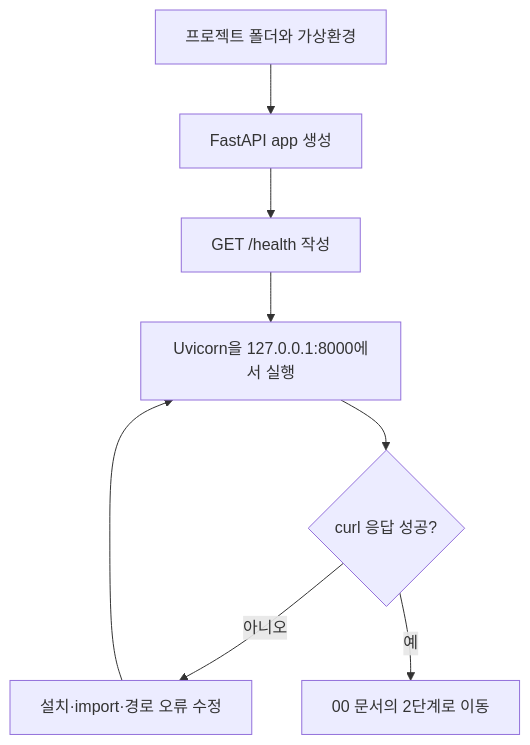
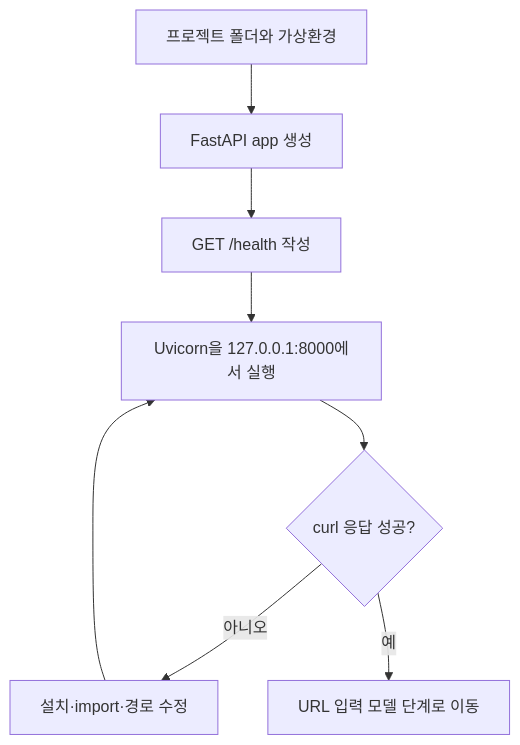
One commit to Flamcanorm/nuclei-analysis changed the fourth of 4 diagrams in 06 아이디어/README.md. Above: the diagram before and after it, drawn with Mermaid. The commit also changed other lines of this file and 9 other files, not shown here.

````diff
--- a/06 아이디어/README.md
+++ b/06 아이디어/README.md
@@ -65,10 +78,10 @@
 ```mermaid
 flowchart TD
     A[프로젝트 폴더와 가상환경] --> B[FastAPI app 생성]
     B --> C[GET /health 작성]
     C --> D[Uvicorn을 127.0.0.1:8000에서 실행]
     D --> E{curl 응답 성공?}
-    E -->|아니오| F[설치·import·경로 오류 수정]
+    E -->|아니오| F[설치·import·경로 수정]
     F --> D
-    E -->|예| G[00 문서의 2단계로 이동]
+    E -->|예| G[URL 입력 모델 단계로 이동]
 ```
````
